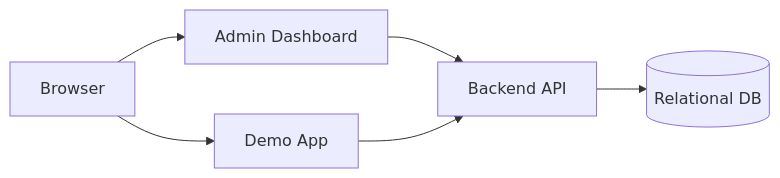
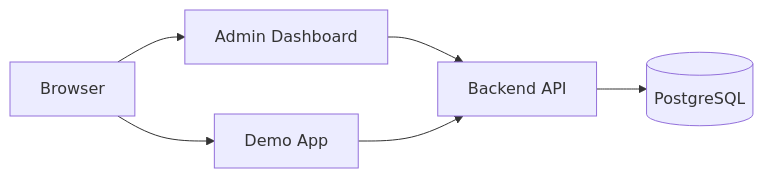
The fourth of 4 diagrams in docs/design/software-architecture-document.md (fabyanbui/feature-flag-platform), drawn with Mermaid before and after one commit. The commit also changed other lines of this file, not shown here.

Commit message:
Refine software architecture document to specify PostgreSQL for persistence and update technology stack details

````diff
--- a/docs/design/software-architecture-document.md
+++ b/docs/design/software-architecture-document.md
@@ -153,8 +153,8 @@
 ```mermaid
 graph LR
   U[Browser] --> A[Admin Dashboard]
   U --> C[Demo App]
   A --> B[Backend API]
   C --> B
-  B --> D[(Relational DB)]
+  B --> D[(PostgreSQL)]
 ```
````
